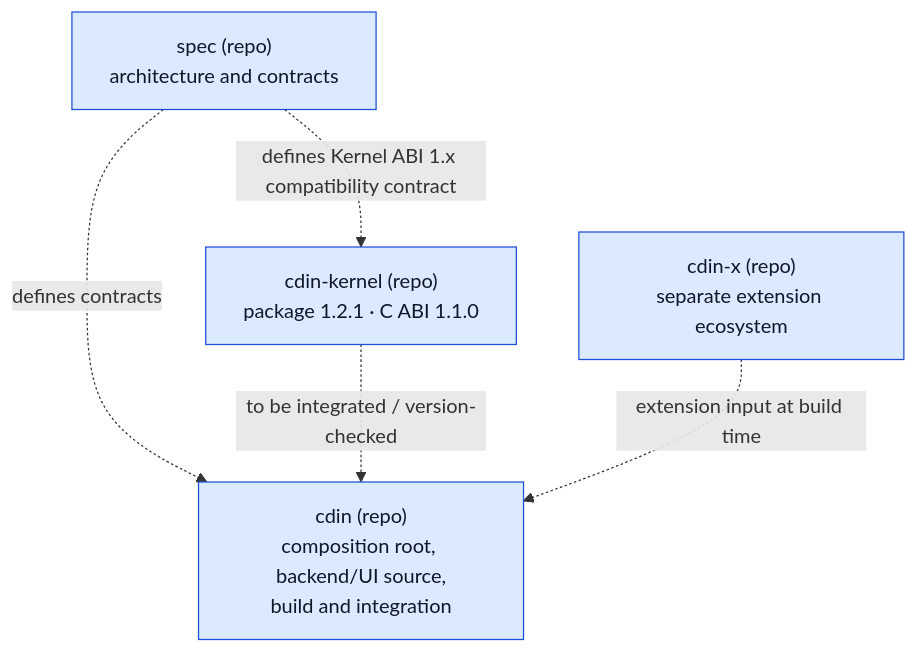
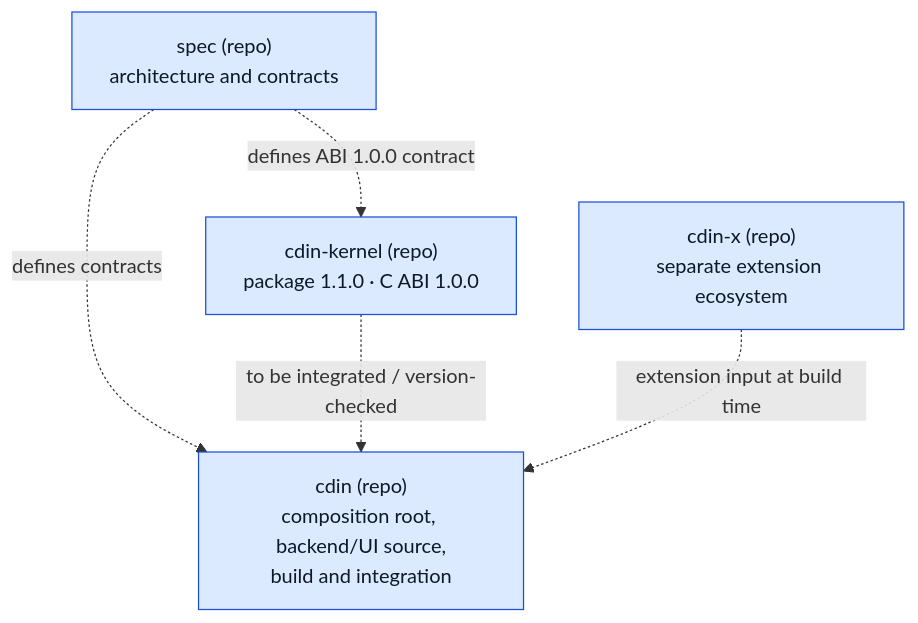
One commit to cdin-editor/spec changed the first of 2 diagrams in docs/architecture/repositories.md. Above: the diagram before and after it, drawn with Mermaid. The commit also changed other lines of this file and 45 other files, not shown here.

First line of the commit message:
docs(spec): synchronize Kernel contract and finalize Frontend architecture

````diff
--- a/docs/architecture/repositories.md
+++ b/docs/architecture/repositories.md
@@ -9,13 +9,13 @@
 ```mermaid
 flowchart TB
     cdinrepo["cdin (repo)<br/>composition root, backend/UI source,<br/>build and integration"]
-    kernelrepo["cdin-kernel (repo)<br/>package 1.2.1 · C ABI 1.1.0"]
+    kernelrepo["cdin-kernel (repo)<br/>package 1.1.0 · C ABI 1.0.0"]
     xnow["cdin-x (repo)<br/>separate extension ecosystem"]
     specnow["spec (repo)<br/>architecture and contracts"]
     specnow -. "defines contracts" .-> cdinrepo
-    specnow -. "defines Kernel ABI 1.x compatibility contract" .-> kernelrepo
+    specnow -. "defines ABI 1.0.0 contract" .-> kernelrepo
     kernelrepo -. "to be integrated / version-checked" .-> cdinrepo
     xnow -. "extension input at build time" .-> cdinrepo
     classDef comp fill:#dbeafe,stroke:#1d4ed8,color:#0f172a
     class cdinrepo,kernelrepo,specnow,xnow comp
 ```
````
